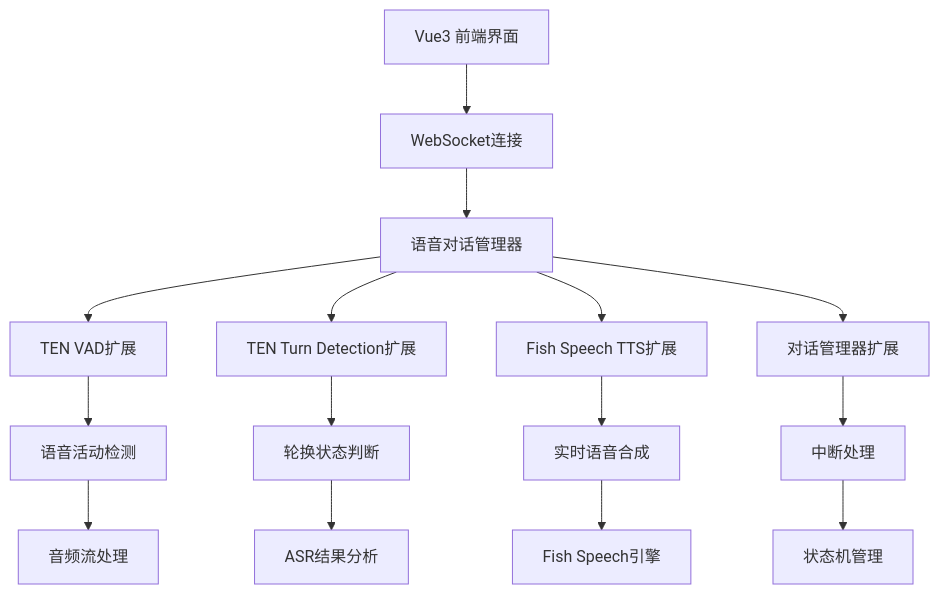
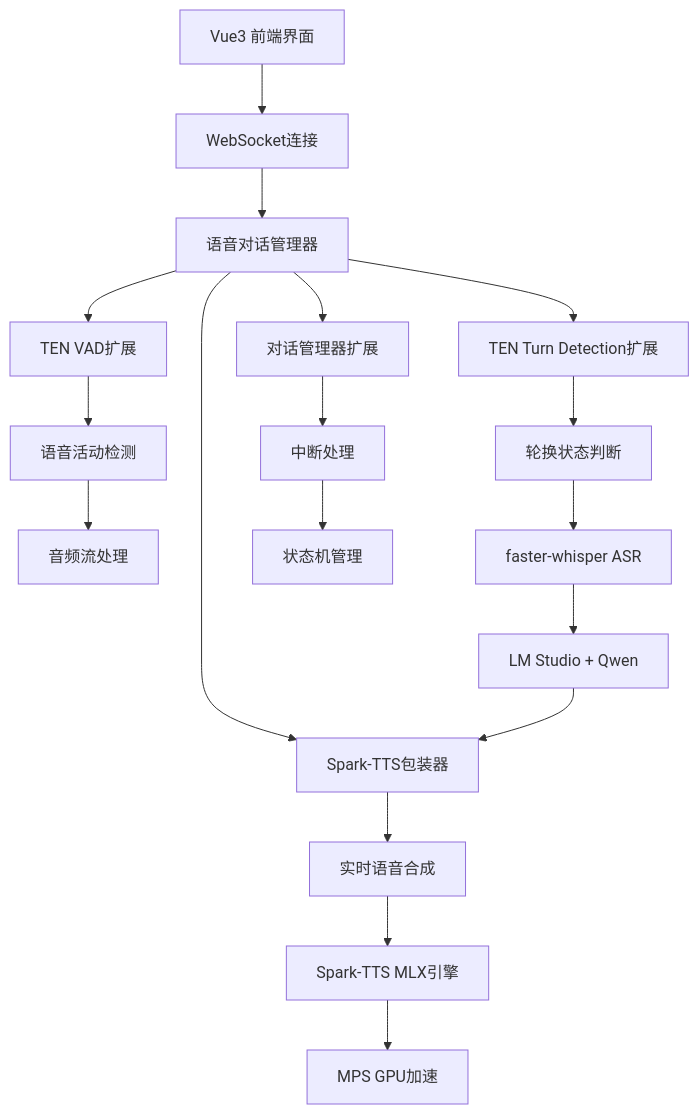
One commit to skingko/stream_talk changed the first of 2 diagrams in docs/Voice_Conversation_System_Guide.md. Above: the diagram before and after it, drawn with Mermaid. The commit also changed other lines of this file and 3 other files, not shown here.

````diff
--- a/docs/Voice_Conversation_System_Guide.md
+++ b/docs/Voice_Conversation_System_Guide.md
@@ -18,20 +21,24 @@
 ```mermaid
 graph TB
     A[Vue3 前端界面] --> B[WebSocket连接]
     B --> C[语音对话管理器]
-    
+
     C --> D[TEN VAD扩展]
     C --> E[TEN Turn Detection扩展]
-    C --> F[Fish Speech TTS扩展]
+    C --> F[Spark-TTS包装器]
     C --> G[对话管理器扩展]
-    
+
     D --> H[语音活动检测]
     E --> I[轮换状态判断]
     F --> J[实时语音合成]
     G --> K[中断处理]
-    
+
     H --> L[音频流处理]
-    I --> M[ASR结果分析]
-    J --> N[Fish Speech引擎]
+    I --> M[faster-whisper ASR]
+    J --> N[Spark-TTS MLX引擎]
     K --> O[状态机管理]
+
+    M --> P[LM Studio + Qwen]
+    P --> F
+    N --> Q[MPS GPU加速]
 ```
````
